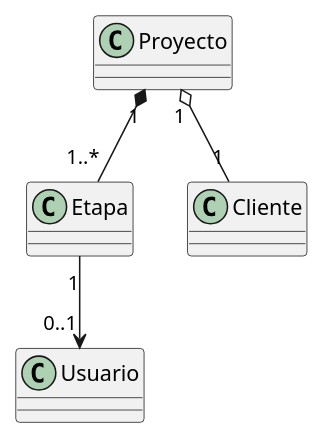
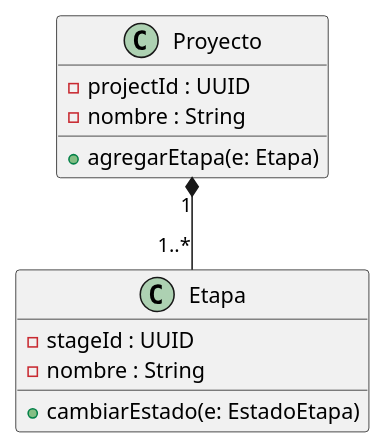
Before and after one commit to dantebiondi666-prog/SistemaProductoraVideos: the diagram in anexos/fundamentos-doo-mesa-630301-matricula-155984/doo-abstraccion.md, drawn with PlantUML. The commit also changed other lines of this file and 3 other files, not shown here.

````diff
--- a/anexos/fundamentos-doo-mesa-630301-matricula-155984/doo-abstraccion.md
+++ b/anexos/fundamentos-doo-mesa-630301-matricula-155984/doo-abstraccion.md
@@ -29,9 +29,19 @@
 ```plantuml
 @startuml
 
+class Proyecto {
+  - projectId : UUID
+  - nombre : String
+  + agregarEtapa(e: Etapa)
+}
+
+class Etapa {
+  - stageId : UUID
+  - nombre : String
+  + cambiarEstado(e: EstadoEtapa)
+}
+
 Proyecto "1" *-- "1..*" Etapa
-Proyecto "1" o-- "1" Cliente
-Etapa "1" --> "0..1" Usuario
 
 @enduml
 ```
````
